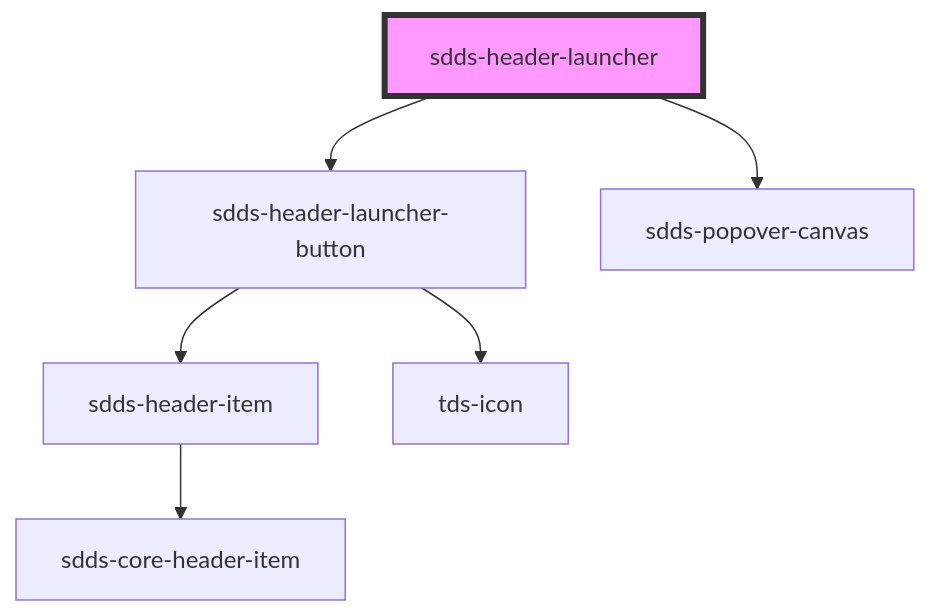
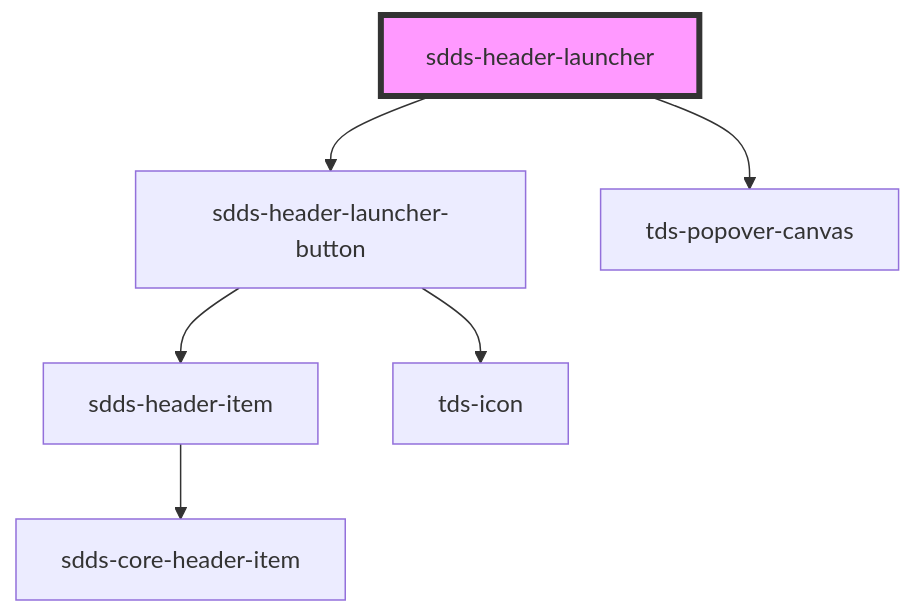
The diagram in core/src/components/header/webcomponent/header-launcher/readme.md (scania-digital-design-system/tegel), drawn with Mermaid before and after one commit. The commit also changed other lines of this file and 4 other files, not shown here.

Commit message:
fix(header dropdown/launcher): updated popover dep, used in header launcher/dropdown

````diff
--- a/core/src/components/header/webcomponent/header-launcher/readme.md
+++ b/core/src/components/header/webcomponent/header-launcher/readme.md
@@ -19,9 +19,9 @@
 ```mermaid
 graph TD;
   sdds-header-launcher --> sdds-header-launcher-button
-  sdds-header-launcher --> sdds-popover-canvas
+  sdds-header-launcher --> tds-popover-canvas
   sdds-header-launcher-button --> sdds-header-item
   sdds-header-launcher-button --> tds-icon
   sdds-header-item --> sdds-core-header-item
   style sdds-header-launcher fill:#f9f,stroke:#333,stroke-width:4px
 ```
````
